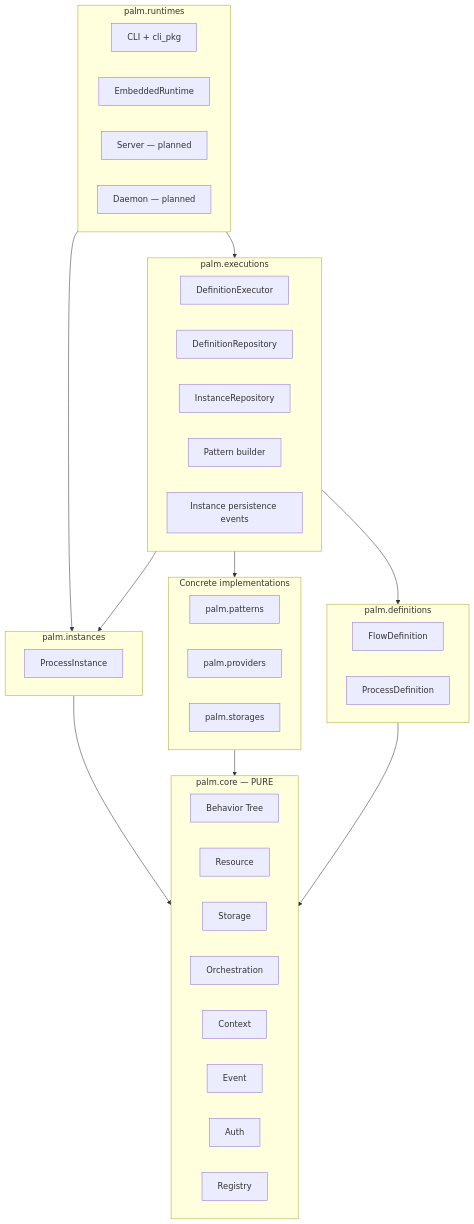
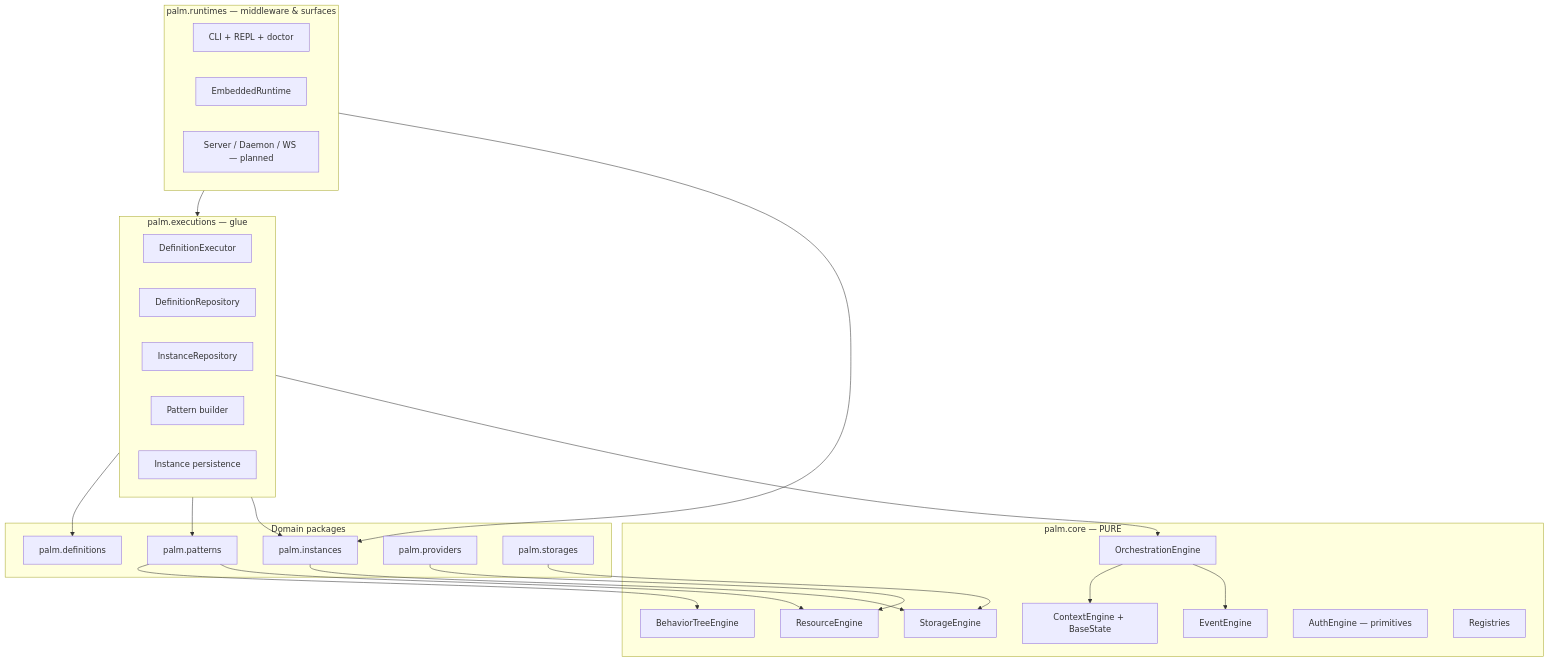
Before and after one commit to JGabrielGruber/palmengine: the first of 3 diagrams in ARCHITECTURE.md, drawn with Mermaid. The commit also changed other lines of this file and 18 other files, not shown here.

````diff
--- a/ARCHITECTURE.md
+++ b/ARCHITECTURE.md
@@ -11,52 +23,49 @@
 ```mermaid
 flowchart TB
-    subgraph Runtimes["palm.runtimes"]
-        cli[CLI + cli_pkg]
+    subgraph Runtimes["palm.runtimes — middleware & surfaces"]
+        cli[CLI + REPL + doctor]
         embedded[EmbeddedRuntime]
-        server[Server — planned]
-        daemon[Daemon — planned]
+        future[Server / Daemon / WS — planned]
     end
 
-    subgraph Executions["palm.executions"]
+    subgraph Executions["palm.executions — glue"]
         exec[DefinitionExecutor]
         repo[DefinitionRepository]
         inst_repo[InstanceRepository]
         builder[Pattern builder]
-        events[Instance persistence events]
+        events[Instance persistence]
     end
 
-    subgraph Instances["palm.instances"]
-        pi[ProcessInstance]
-    end
-
-    subgraph Definitions["palm.definitions"]
-        flow[FlowDefinition]
-        process[ProcessDefinition]
-    end
-
-    subgraph Concretes["Concrete implementations"]
+    subgraph Domain["Domain packages"]
+        instances[palm.instances]
+        definitions[palm.definitions]
         patterns[palm.patterns]
         providers[palm.providers]
         storages[palm.storages]
     end
 
     subgraph Core["palm.core — PURE"]
-        bt[Behavior Tree]
-        res[Resource]
-        sto[Storage]
-        orch[Orchestration]
-        ctx[Context]
-        evt[Event]
-        auth[Auth]
-        reg[Registry]
+        bt[BehaviorTreeEngine]
+        orch[OrchestrationEngine]
+        ctx[ContextEngine + BaseState]
+        sto[StorageEngine]
+        res[ResourceEngine]
+        evt[EventEngine]
+        auth[AuthEngine — primitives]
+        reg[Registries]
     end
 
     Runtimes --> Executions
-    Runtimes --> Instances
-    Executions --> Definitions
-    Executions --> Concretes
-    Executions --> Instances
-    Instances --> Core
-    Concretes --> Core
-    Definitions --> Core
+    Runtimes --> instances
+    Executions --> definitions
+    Executions --> patterns
+    Executions --> instances
+    patterns --> bt
+    patterns --> res
+    instances --> sto
+    providers --> res
+    storages --> sto
+    Executions --> orch
+    orch --> ctx
+    orch --> evt
 ```
````
